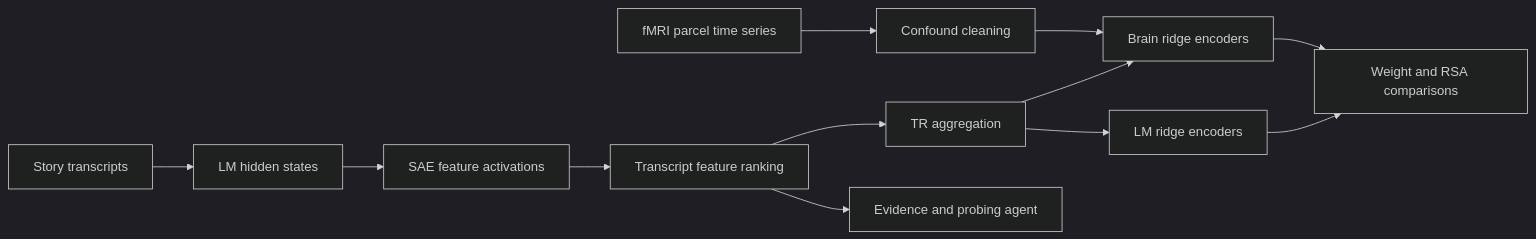
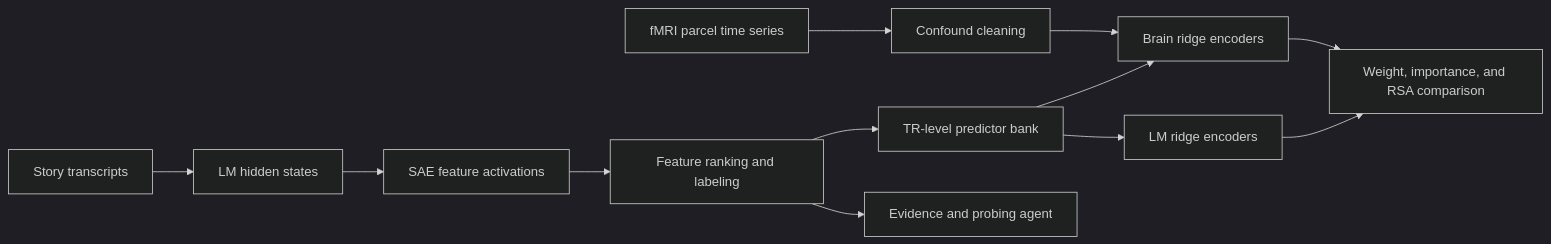
Before and after one commit to daMS2005/thesis_neuro: the diagram in README.md, drawn with Mermaid (dark theme). The commit also changed other lines of this file and 91 other files, not shown here.

````diff
--- a/README.md
+++ b/README.md
@@ -43,14 +38,14 @@
 ```mermaid
 flowchart LR
     A[Story transcripts] --> B[LM hidden states]
     B --> C[SAE feature activations]
-    C --> D[Transcript feature ranking]
-    D --> E[TR aggregation]
+    C --> D[Feature ranking and labeling]
+    D --> E[TR-level predictor bank]
     F[fMRI parcel time series] --> G[Confound cleaning]
     G --> H[Brain ridge encoders]
     E --> H
     E --> I[LM ridge encoders]
-    H --> J[Weight and RSA comparisons]
+    H --> J[Weight, importance, and RSA comparison]
     I --> J
     D --> K[Evidence and probing agent]
 ```
````
